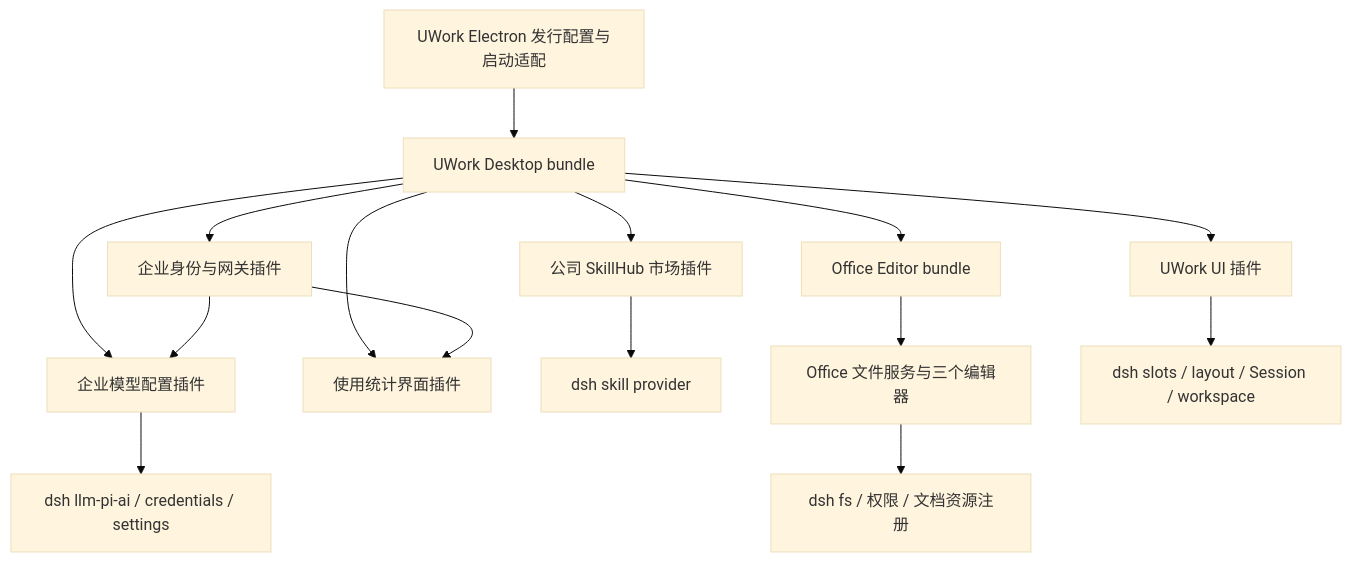
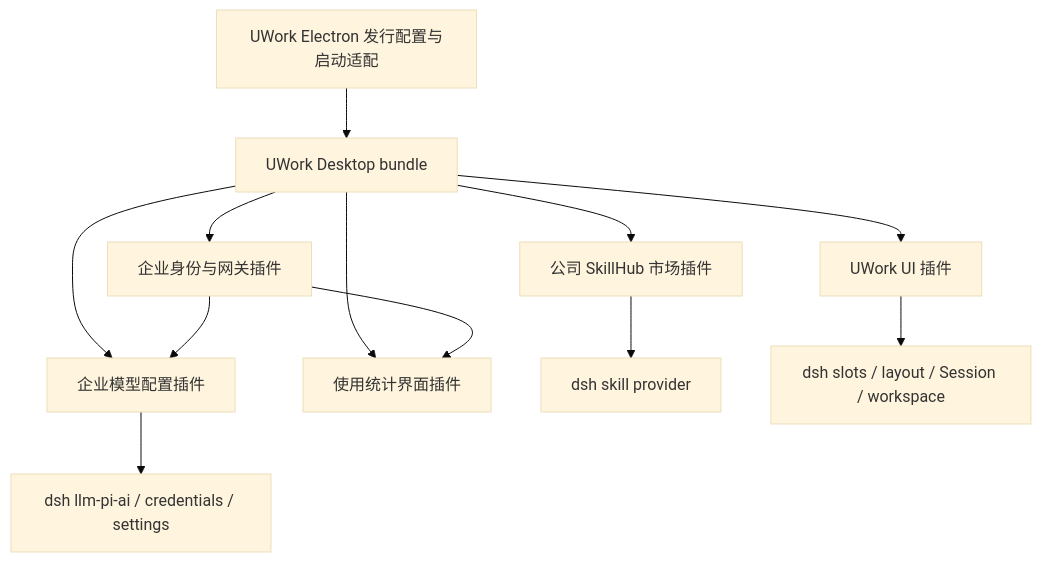
The diagram in tasks/plan.md (Jas0nxlee/uwork_frontend_rb), drawn with Mermaid (base theme) before and after one commit. The commit also changed other lines of this file and 167 other files, not shown here.

First line of the commit message:
revert: defer Office editor migration

````diff
--- a/tasks/plan.md
+++ b/tasks/plan.md
@@ -62,17 +62,14 @@
 ```mermaid
 flowchart TB
   D[UWork Electron 发行配置与启动适配] --> B[UWork Desktop bundle]
   B --> UI[UWork UI 插件]
   B --> E[企业身份与网关插件]
   B --> M[企业模型配置插件]
   B --> C[公司 SkillHub 市场插件]
   B --> U[使用统计界面插件]
-  B --> O[Office Editor bundle]
   E --> M
   E --> U
   M --> L[dsh llm-pi-ai / credentials / settings]
   C --> S[dsh skill provider]
-  O --> F[Office 文件服务与三个编辑器]
   UI --> H[dsh slots / layout / Session / workspace]
-  F --> P[dsh fs / 权限 / 文档资源注册]
 ```
````
